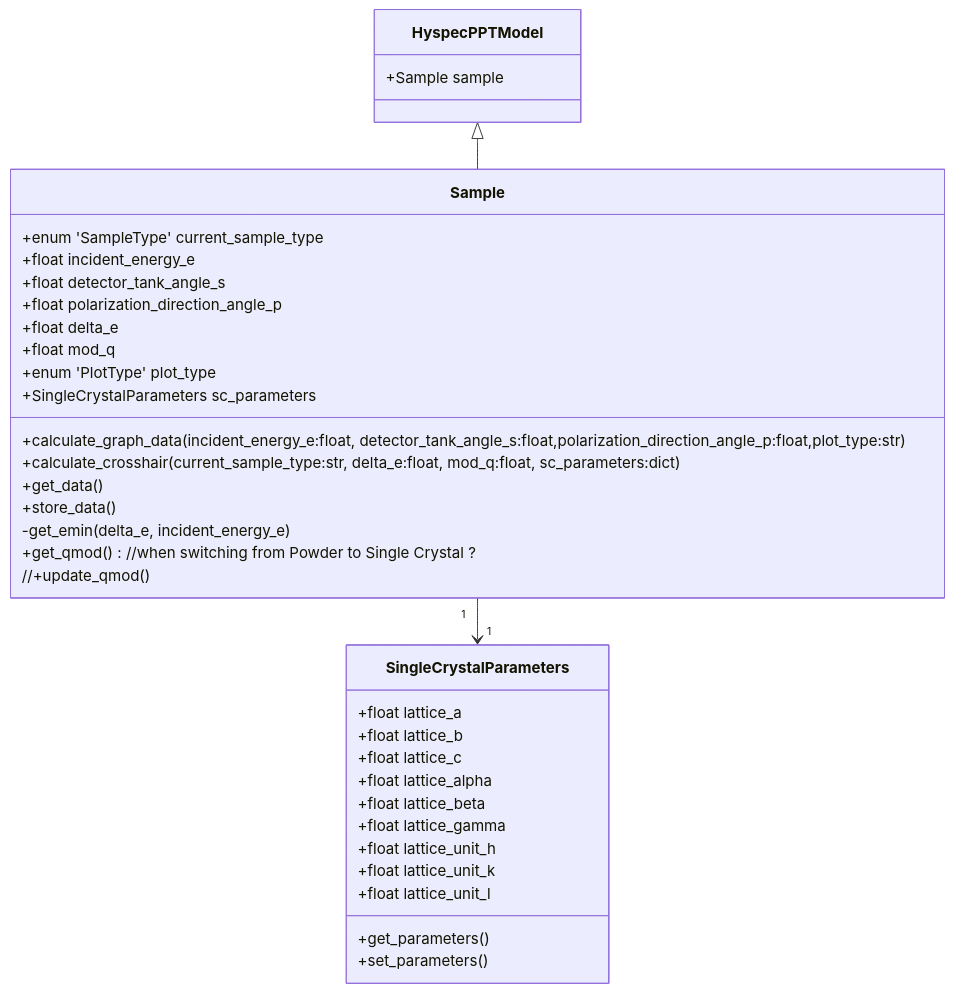
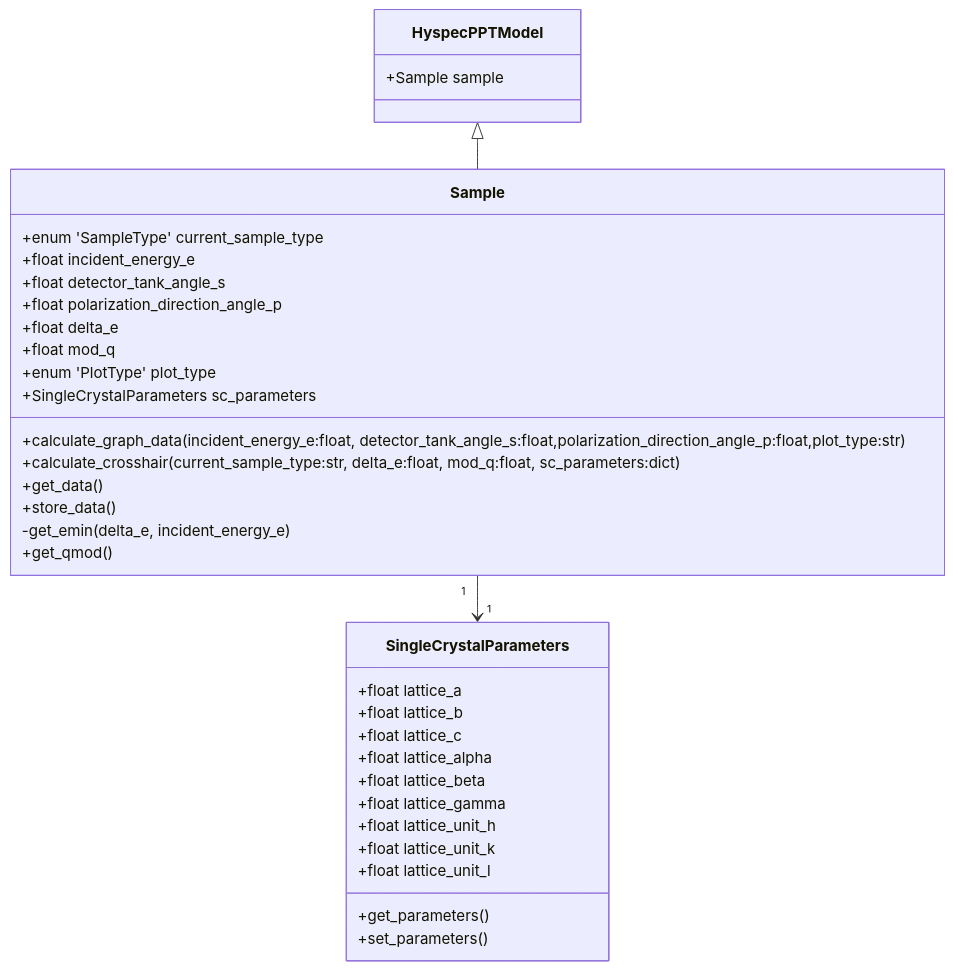
Before and after one commit to neutrons/hyspecppt: the first of 13 diagrams in docs/source/design/hyspecpptclasses.rst, drawn with Mermaid. The commit also changed other lines of this file, not shown here.

Commit message:
worfklow update for storing

```diff
--- a/docs/source/design/hyspecpptclasses.rst
+++ b/docs/source/design/hyspecpptclasses.rst
@@ -15,42 +15,41 @@
 .. mermaid::
 
  classDiagram
     HyspecPPTModel <|-- Sample
     Sample "1" -->"1" SingleCrystalParameters
 
 
     class HyspecPPTModel{
         +Sample sample
     }
 
     class Sample{
         +enum 'SampleType' current_sample_type
         +float incident_energy_e
         +float detector_tank_angle_s
         +float polarization_direction_angle_p
         +float delta_e
         +float mod_q
         +enum 'PlotType' plot_type
         +SingleCrystalParameters sc_parameters
         +calculate_graph_data(incident_energy_e:float, detector_tank_angle_s:float,polarization_direction_angle_p:float,plot_type:str)
         +calculate_crosshair(current_sample_type:str, delta_e:float, mod_q:float, sc_parameters:dict)
         +get_data()
         +store_data()
         -get_emin(delta_e, incident_energy_e)
-        +get_qmod() //when switching from Powder to Single Crystal ?
-        //+update_qmod()
+        +get_qmod()
     }
 
     class SingleCrystalParameters{
         +float lattice_a
         +float lattice_b
         +float lattice_c
         +float lattice_alpha
         +float lattice_beta
         +float lattice_gamma
         +float lattice_unit_h
         +float lattice_unit_k
         +float lattice_unit_l
         +get_parameters()
         +set_parameters()
     }
```
